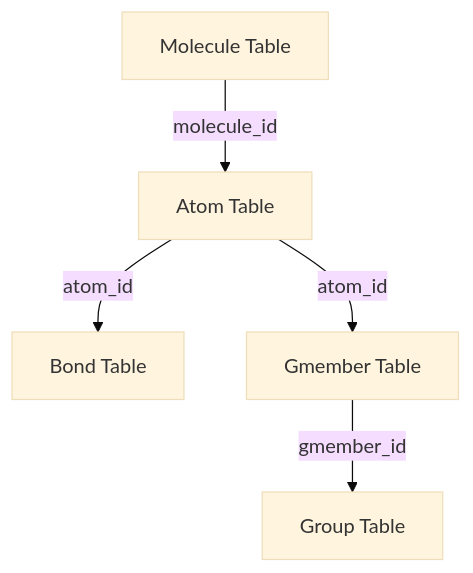
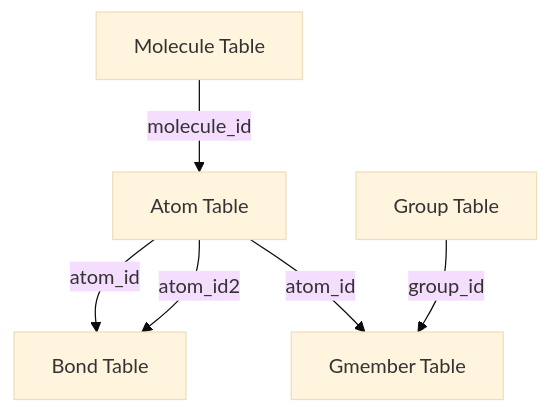
The third of 4 diagrams in README.md (AnaC-Code/SRD-ED), drawn with Mermaid (base theme) before and after one commit. The commit also changed other lines of this file, not shown here.

````diff
--- a/README.md
+++ b/README.md
@@ -64,7 +65,8 @@
 ```mermaid
 graph TD;
     Molecule[Molecule Table] -->|molecule_id| Atom[Atom Table]
     Atom[Atom Table] -->|atom_id| Bond[Bond Table]
+    Atom[Atom Table] -->|atom_id2| Bond[Bond Table]
     Atom[Atom Table] -->|atom_id| Gmember[Gmember Table]
-    Gmember[Gmember Table] -->|gmember_id| Group[Group Table]
+    Group[Group Table] -->|group_id| Gmember[Gmember Table]
 ```
````
